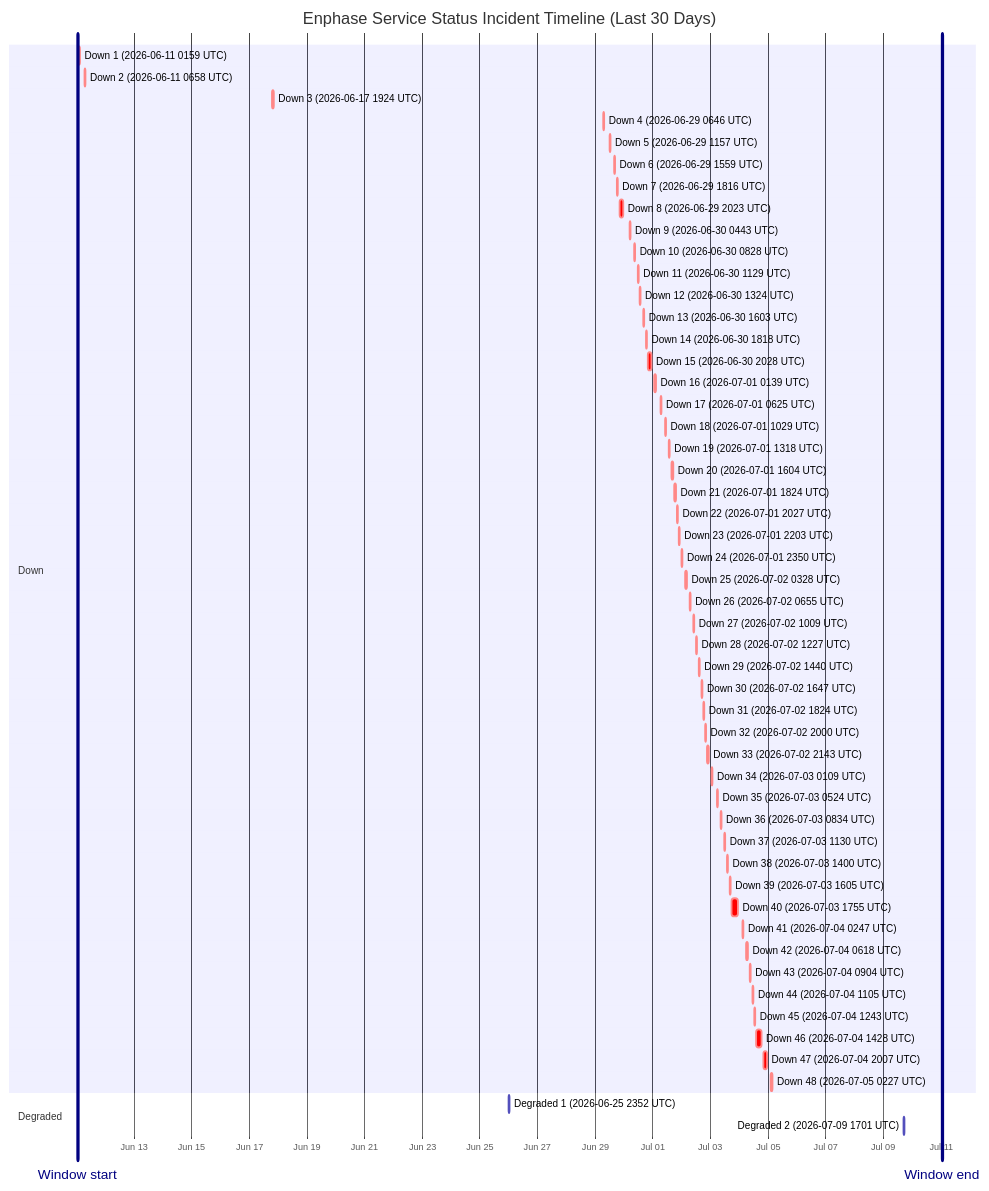
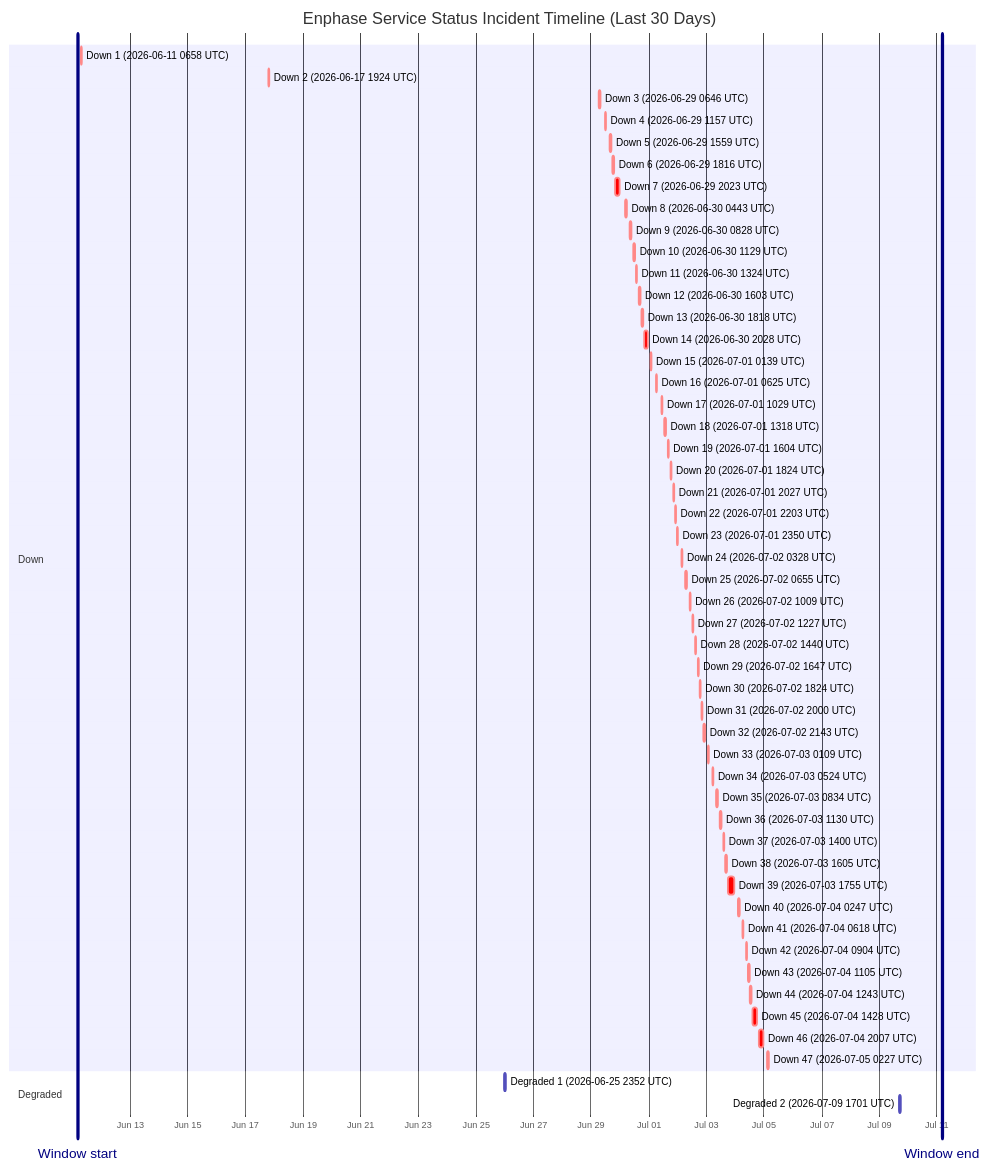
One commit to barneyonline/ha-enphase-energy changed the diagram in wiki/Service-Status-History.md. Above: the diagram before and after it, drawn with Mermaid. The commit also changed other lines of this file and 3 other files, not shown here.

````diff
--- a/wiki/Service-Status-History.md
+++ b/wiki/Service-Status-History.md
@@ -14,60 +14,59 @@
 ```mermaid
 gantt
     title Enphase Service Status Incident Timeline (Last 30 Days)
     dateFormat  YYYY-MM-DDTHH:mm:ss
     axisFormat  %b %d
-    Window start :vert, window-start, 2026-06-11T00:57:32, 0ms
-    Window end :vert, window-end, 2026-07-11T00:57:32, 0ms
+    Window start :vert, window-start, 2026-06-11T04:16:30, 0ms
+    Window end :vert, window-end, 2026-07-11T04:16:30, 0ms
     section Down
-    Down 1 (2026-06-11 0159 UTC) :crit, down-1, 2026-06-11T01:59:36, 60m
-    Down 2 (2026-06-11 0658 UTC) :crit, down-2, 2026-06-11T06:58:45, 60m
-    Down 3 (2026-06-17 1924 UTC) :crit, down-3, 2026-06-17T19:24:51, 60m
-    Down 4 (2026-06-29 0646 UTC) :crit, down-4, 2026-06-29T06:46:18, 60m
-    Down 5 (2026-06-29 1157 UTC) :crit, down-5, 2026-06-29T11:57:36, 60m
-    Down 6 (2026-06-29 1559 UTC) :crit, down-6, 2026-06-29T15:59:02, 60m
-    Down 7 (2026-06-29 1816 UTC) :crit, down-7, 2026-06-29T18:16:38, 60m
-    Down 8 (2026-06-29 2023 UTC) :crit, down-8, 2026-06-29T20:23:16, 220m
-    Down 9 (2026-06-30 0443 UTC) :crit, down-9, 2026-06-30T04:43:54, 60m
-    Down 10 (2026-06-30 0828 UTC) :crit, down-10, 2026-06-30T08:28:43, 60m
-    Down 11 (2026-06-30 1129 UTC) :crit, down-11, 2026-06-30T11:29:15, 60m
-    Down 12 (2026-06-30 1324 UTC) :crit, down-12, 2026-06-30T13:24:25, 60m
-    Down 13 (2026-06-30 1603 UTC) :crit, down-13, 2026-06-30T16:03:26, 60m
-    Down 14 (2026-06-30 1818 UTC) :crit, down-14, 2026-06-30T18:18:39, 60m
-    Down 15 (2026-06-30 2028 UTC) :crit, down-15, 2026-06-30T20:28:54, 171m
-    Down 16 (2026-07-01 0139 UTC) :crit, down-16, 2026-07-01T01:39:18, 60m
-    Down 17 (2026-07-01 0625 UTC) :crit, down-17, 2026-07-01T06:25:35, 60m
-    Down 18 (2026-07-01 1029 UTC) :crit, down-18, 2026-07-01T10:29:24, 60m
-    Down 19 (2026-07-01 1318 UTC) :crit, down-19, 2026-07-01T13:18:31, 60m
-    Down 20 (2026-07-01 1604 UTC) :crit, down-20, 2026-07-01T16:04:29, 60m
-    Down 21 (2026-07-01 1824 UTC) :crit, down-21, 2026-07-01T18:24:21, 60m
-    Down 22 (2026-07-01 2027 UTC) :crit, down-22, 2026-07-01T20:27:17, 60m
-    Down 23 (2026-07-01 2203 UTC) :crit, down-23, 2026-07-01T22:03:46, 60m
-    Down 24 (2026-07-01 2350 UTC) :crit, down-24, 2026-07-01T23:50:52, 60m
-    Down 25 (2026-07-02 0328 UTC) :crit, down-25, 2026-07-02T03:28:33, 60m
-    Down 26 (2026-07-02 0655 UTC) :crit, down-26, 2026-07-02T06:55:07, 60m
-    Down 27 (2026-07-02 1009 UTC) :crit, down-27, 2026-07-02T10:09:15, 60m
-    Down 28 (2026-07-02 1227 UTC) :crit, down-28, 2026-07-02T12:27:49, 60m
-    Down 29 (2026-07-02 1440 UTC) :crit, down-29, 2026-07-02T14:40:53, 60m
-    Down 30 (2026-07-02 1647 UTC) :crit, down-30, 2026-07-02T16:47:47, 60m
-    Down 31 (2026-07-02 1824 UTC) :crit, down-31, 2026-07-02T18:24:26, 60m
-    Down 32 (2026-07-02 2000 UTC) :crit, down-32, 2026-07-02T20:00:57, 60m
-    Down 33 (2026-07-02 2143 UTC) :crit, down-33, 2026-07-02T21:43:52, 80m
-    Down 34 (2026-07-03 0109 UTC) :crit, down-34, 2026-07-03T01:09:19, 60m
-    Down 35 (2026-07-03 0524 UTC) :crit, down-35, 2026-07-03T05:24:23, 60m
-    Down 36 (2026-07-03 0834 UTC) :crit, down-36, 2026-07-03T08:34:05, 60m
-    Down 37 (2026-07-03 1130 UTC) :crit, down-37, 2026-07-03T11:30:41, 60m
-    Down 38 (2026-07-03 1400 UTC) :crit, down-38, 2026-07-03T14:00:48, 60m
-    Down 39 (2026-07-03 1605 UTC) :crit, down-39, 2026-07-03T16:05:49, 60m
-    Down 40 (2026-07-03 1755 UTC) :crit, down-40, 2026-07-03T17:55:54, 338m
-    Down 41 (2026-07-04 0247 UTC) :crit, down-41, 2026-07-04T02:47:22, 60m
-    Down 42 (2026-07-04 0618 UTC) :crit, down-42, 2026-07-04T06:18:09, 60m
-    Down 43 (2026-07-04 0904 UTC) :crit, down-43, 2026-07-04T09:04:41, 60m
-    Down 44 (2026-07-04 1105 UTC) :crit, down-44, 2026-07-04T11:05:21, 60m
-    Down 45 (2026-07-04 1243 UTC) :crit, down-45, 2026-07-04T12:43:25, 60m
-    Down 46 (2026-07-04 1428 UTC) :crit, down-46, 2026-07-04T14:28:07, 243m
-    Down 47 (2026-07-04 2007 UTC) :crit, down-47, 2026-07-04T20:07:50, 206m
-    Down 48 (2026-07-05 0227 UTC) :crit, down-48, 2026-07-05T02:27:32, 109m
+    Down 1 (2026-06-11 0658 UTC) :crit, down-1, 2026-06-11T06:58:45, 60m
+    Down 2 (2026-06-17 1924 UTC) :crit, down-2, 2026-06-17T19:24:51, 60m
+    Down 3 (2026-06-29 0646 UTC) :crit, down-3, 2026-06-29T06:46:18, 60m
+    Down 4 (2026-06-29 1157 UTC) :crit, down-4, 2026-06-29T11:57:36, 60m
+    Down 5 (2026-06-29 1559 UTC) :crit, down-5, 2026-06-29T15:59:02, 60m
+    Down 6 (2026-06-29 1816 UTC) :crit, down-6, 2026-06-29T18:16:38, 60m
+    Down 7 (2026-06-29 2023 UTC) :crit, down-7, 2026-06-29T20:23:16, 220m
+    Down 8 (2026-06-30 0443 UTC) :crit, down-8, 2026-06-30T04:43:54, 60m
+    Down 9 (2026-06-30 0828 UTC) :crit, down-9, 2026-06-30T08:28:43, 60m
+    Down 10 (2026-06-30 1129 UTC) :crit, down-10, 2026-06-30T11:29:15, 60m
+    Down 11 (2026-06-30 1324 UTC) :crit, down-11, 2026-06-30T13:24:25, 60m
+    Down 12 (2026-06-30 1603 UTC) :crit, down-12, 2026-06-30T16:03:26, 60m
+    Down 13 (2026-06-30 1818 UTC) :crit, down-13, 2026-06-30T18:18:39, 60m
+    Down 14 (2026-06-30 2028 UTC) :crit, down-14, 2026-06-30T20:28:54, 171m
+    Down 15 (2026-07-01 0139 UTC) :crit, down-15, 2026-07-01T01:39:18, 60m
+    Down 16 (2026-07-01 0625 UTC) :crit, down-16, 2026-07-01T06:25:35, 60m
+    Down 17 (2026-07-01 1029 UTC) :crit, down-17, 2026-07-01T10:29:24, 60m
+    Down 18 (2026-07-01 1318 UTC) :crit, down-18, 2026-07-01T13:18:31, 60m
+    Down 19 (2026-07-01 1604 UTC) :crit, down-19, 2026-07-01T16:04:29, 60m
+    Down 20 (2026-07-01 1824 UTC) :crit, down-20, 2026-07-01T18:24:21, 60m
+    Down 21 (2026-07-01 2027 UTC) :crit, down-21, 2026-07-01T20:27:17, 60m
+    Down 22 (2026-07-01 2203 UTC) :crit, down-22, 2026-07-01T22:03:46, 60m
+    Down 23 (2026-07-01 2350 UTC) :crit, down-23, 2026-07-01T23:50:52, 60m
+    Down 24 (2026-07-02 0328 UTC) :crit, down-24, 2026-07-02T03:28:33, 60m
+    Down 25 (2026-07-02 0655 UTC) :crit, down-25, 2026-07-02T06:55:07, 60m
+    Down 26 (2026-07-02 1009 UTC) :crit, down-26, 2026-07-02T10:09:15, 60m
+    Down 27 (2026-07-02 1227 UTC) :crit, down-27, 2026-07-02T12:27:49, 60m
+    Down 28 (2026-07-02 1440 UTC) :crit, down-28, 2026-07-02T14:40:53, 60m
+    Down 29 (2026-07-02 1647 UTC) :crit, down-29, 2026-07-02T16:47:47, 60m
+    Down 30 (2026-07-02 1824 UTC) :crit, down-30, 2026-07-02T18:24:26, 60m
+    Down 31 (2026-07-02 2000 UTC) :crit, down-31, 2026-07-02T20:00:57, 60m
+    Down 32 (2026-07-02 2143 UTC) :crit, down-32, 2026-07-02T21:43:52, 80m
+    Down 33 (2026-07-03 0109 UTC) :crit, down-33, 2026-07-03T01:09:19, 60m
+    Down 34 (2026-07-03 0524 UTC) :crit, down-34, 2026-07-03T05:24:23, 60m
+    Down 35 (2026-07-03 0834 UTC) :crit, down-35, 2026-07-03T08:34:05, 60m
+    Down 36 (2026-07-03 1130 UTC) :crit, down-36, 2026-07-03T11:30:41, 60m
+    Down 37 (2026-07-03 1400 UTC) :crit, down-37, 2026-07-03T14:00:48, 60m
+    Down 38 (2026-07-03 1605 UTC) :crit, down-38, 2026-07-03T16:05:49, 60m
+    Down 39 (2026-07-03 1755 UTC) :crit, down-39, 2026-07-03T17:55:54, 338m
+    Down 40 (2026-07-04 0247 UTC) :crit, down-40, 2026-07-04T02:47:22, 60m
+    Down 41 (2026-07-04 0618 UTC) :crit, down-41, 2026-07-04T06:18:09, 60m
+    Down 42 (2026-07-04 0904 UTC) :crit, down-42, 2026-07-04T09:04:41, 60m
+    Down 43 (2026-07-04 1105 UTC) :crit, down-43, 2026-07-04T11:05:21, 60m
+    Down 44 (2026-07-04 1243 UTC) :crit, down-44, 2026-07-04T12:43:25, 60m
+    Down 45 (2026-07-04 1428 UTC) :crit, down-45, 2026-07-04T14:28:07, 243m
+    Down 46 (2026-07-04 2007 UTC) :crit, down-46, 2026-07-04T20:07:50, 206m
+    Down 47 (2026-07-05 0227 UTC) :crit, down-47, 2026-07-05T02:27:32, 109m
     section Degraded
     Degraded 1 (2026-06-25 2352 UTC) :active, degraded-1, 2026-06-25T23:52:01, 60m
     Degraded 2 (2026-07-09 1701 UTC) :active, degraded-2, 2026-07-09T17:01:02, 60m
 ```
````
